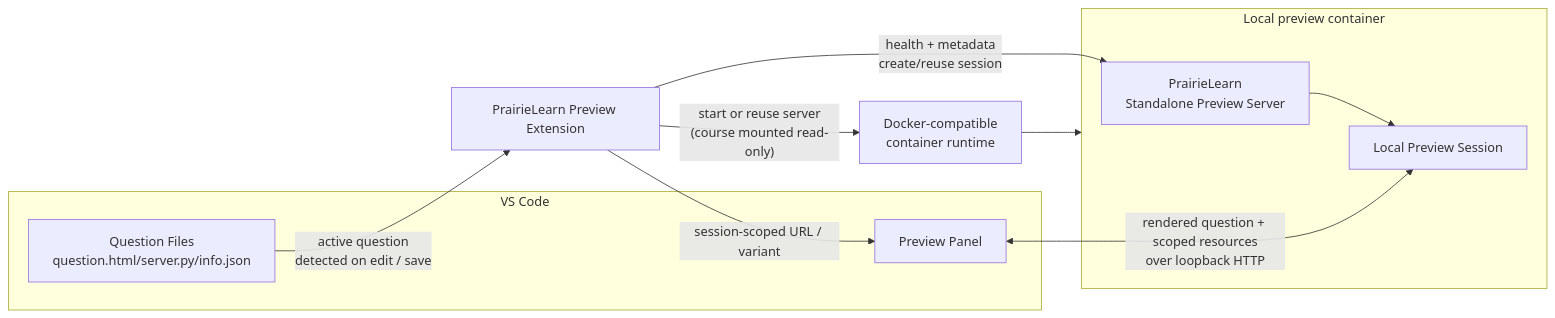
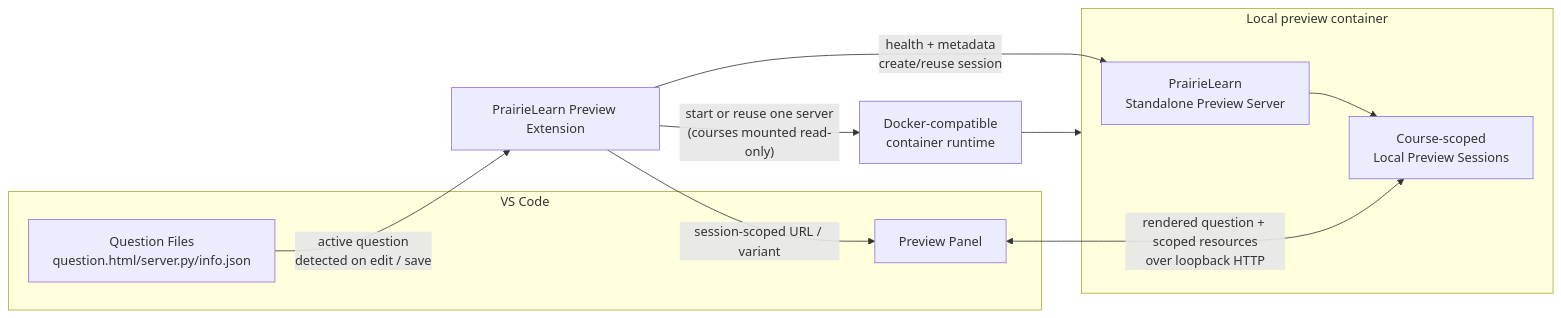
The diagram in README.md (runjuu/pl-preview-vscode), drawn with Mermaid before and after one commit. The commit also changed other lines of this file and 12 other files, not shown here.

Commit message:
Share one preview server across courses

````diff
--- a/README.md
+++ b/README.md
@@ -116,21 +118,21 @@
 ```mermaid
 flowchart LR
   subgraph vscode["VS Code"]
     editor["Question Files<br/>question.html/server.py/info.json"]
     panel["Preview Panel"]
   end
   ext["PrairieLearn Preview Extension"]
   runtime["Docker-compatible<br/>container runtime"]
   subgraph container["Local preview container"]
     server["PrairieLearn<br/>Standalone Preview Server"]
-    session["Local Preview Session"]
+    sessions["Course-scoped<br/>Local Preview Sessions"]
   end
 
   editor -->|"active question<br/>detected on edit / save"| ext
-  ext -->|"start or reuse server<br/>(course mounted read-only)"| runtime
+  ext -->|"start or reuse one server<br/>(courses mounted read-only)"| runtime
   runtime --> container
   ext -->|"health + metadata<br/>create/reuse session"| server
-  server --> session
+  server --> sessions
   ext -->|"session-scoped URL / variant"| panel
-  panel <-->|"rendered question + scoped resources<br/>over loopback HTTP"| session
+  panel <-->|"rendered question + scoped resources<br/>over loopback HTTP"| sessions
 ```
````
